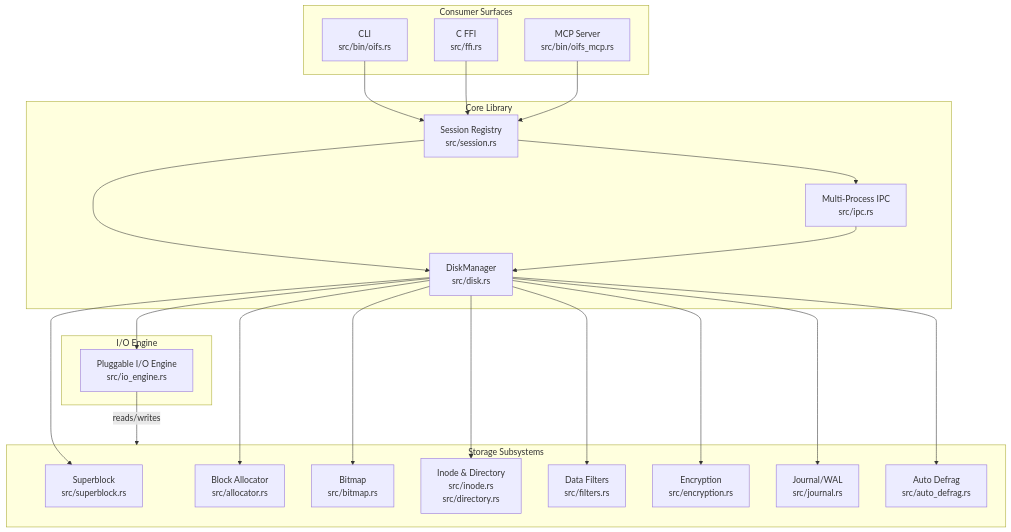
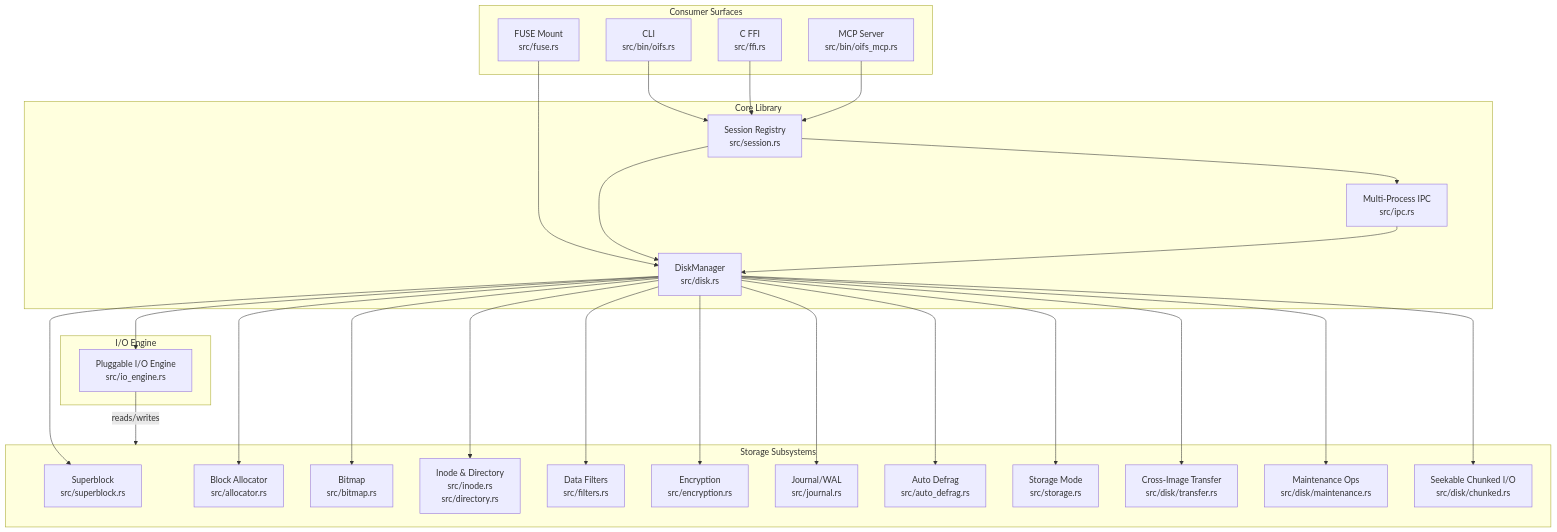
Before and after one commit to ych/oifs: the first of 2 diagrams in openwiki/architecture/overview.md, drawn with Mermaid. The commit also changed other lines of this file and 33 other files, not shown here.

````diff
--- a/openwiki/architecture/overview.md
+++ b/openwiki/architecture/overview.md
@@ -50,46 +51,56 @@
 ```mermaid
 flowchart TD
     subgraph ConsumerSurfaces[Consumer Surfaces]
         CLI[CLI<br/>src/bin/oifs.rs]
         FFI[C FFI<br/>src/ffi.rs]
         MCP[MCP Server<br/>src/bin/oifs_mcp.rs]
+        FUSE[FUSE Mount<br/>src/fuse.rs]
     end
 
     subgraph Core[Core Library]
         Session[Session Registry<br/>src/session.rs]
         IPC[Multi-Process IPC<br/>src/ipc.rs]
         DiskManager[DiskManager<br/>src/disk.rs]
     end
 
     subgraph Storage[Storage Subsystems]
         SB[Superblock<br/>src/superblock.rs]
         Alloc[Block Allocator<br/>src/allocator.rs]
         Bitmap[Bitmap<br/>src/bitmap.rs]
         InodeDir[Inode & Directory<br/>src/inode.rs<br/>src/directory.rs]
         Filters[Data Filters<br/>src/filters.rs]
         Encrypt[Encryption<br/>src/encryption.rs]
         Journal[Journal/WAL<br/>src/journal.rs]
         AutoDefrag[Auto Defrag<br/>src/auto_defrag.rs]
+        StorageMode[Storage Mode<br/>src/storage.rs]
+        Transfer[Cross-Image Transfer<br/>src/disk/transfer.rs]
+        Maintenance[Maintenance Ops<br/>src/disk/maintenance.rs]
+        Chunked[Seekable Chunked I/O<br/>src/disk/chunked.rs]
     end
 
     subgraph IOEngine[I/O Engine]
         IO[Pluggable I/O Engine<br/>src/io_engine.rs]
     end
 
     CLI --> Session
     FFI --> Session
     MCP --> Session
+    FUSE --> DiskManager
     Session --> IPC
     Session --> DiskManager
     IPC --> DiskManager
     DiskManager --> SB
     DiskManager --> Alloc
     DiskManager --> Bitmap
     DiskManager --> InodeDir
     DiskManager --> Filters
     DiskManager --> Encrypt
     DiskManager --> Journal
     DiskManager --> AutoDefrag
+    DiskManager --> StorageMode
+    DiskManager --> Transfer
+    DiskManager --> Maintenance
+    DiskManager --> Chunked
     DiskManager --> IO
     IO -->|reads/writes| Storage
 ```
````
